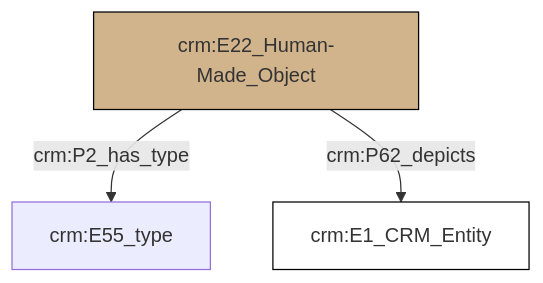
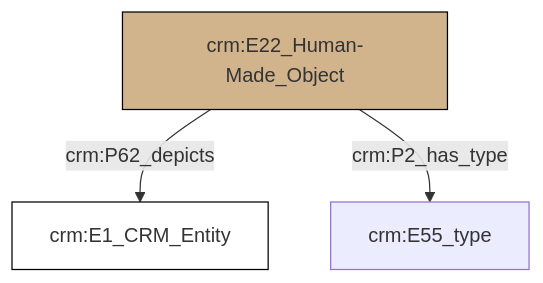
One commit to swiss-art-research-net/reference-data-models changed the diagram in et/artworkCSV/ttl/mmd/Artwork_subject.ttl.mmd. Above: the diagram before and after it, drawn with Mermaid. The commit also changed 123 other files, not shown here.

```diff
--- a/et/artworkCSV/ttl/mmd/Artwork_subject.ttl.mmd
+++ b/et/artworkCSV/ttl/mmd/Artwork_subject.ttl.mmd
@@ -1,17 +1,17 @@
 graph TD
 classDef Literal fill:#f2f2f2,stroke:#000000;
 classDef CRM_Entity fill:#FFFFFF,stroke:#000000;
 classDef Temporal_Entity fill:#00C9E6, stroke:#000000;
 classDef Type fill:#E18312, stroke:#000000;
 classDef Time-Span fill:#2C9C91, stroke:#000000;
 classDef Appellation fill:#FFEB7F, stroke:#000000;
 classDef Place fill:#008836, stroke:#000000;
 classDef Persistent_Item fill:#B266B2, stroke:#000000;
 classDef Conceptual_Object fill:#FFD700, stroke:#000000;
 classDef Physical_Thing fill:#D2B48C, stroke:#000000;
 classDef Actor fill:#f58aad, stroke:#000000;
 classDef PC_Classes fill:#4ce600, stroke:#000000;
 classDef Multi fill:#cccccc,stroke:#000000;
 
-2["crm:E22_Human-Made_Object"]:::Physical_Thing -->|crm:P2_has_type| 0["crm:E55_type"]:::Default
-2["crm:E22_Human-Made_Object"]:::Physical_Thing -->|crm:P62_depicts| 4["crm:E1_CRM_Entity"]:::CRM_Entity
+0["crm:E22_Human-Made_Object"]:::Physical_Thing -->|crm:P62_depicts| 2["crm:E1_CRM_Entity"]:::CRM_Entity
+0["crm:E22_Human-Made_Object"]:::Physical_Thing -->|crm:P2_has_type| 3["crm:E55_type"]:::Default
```
